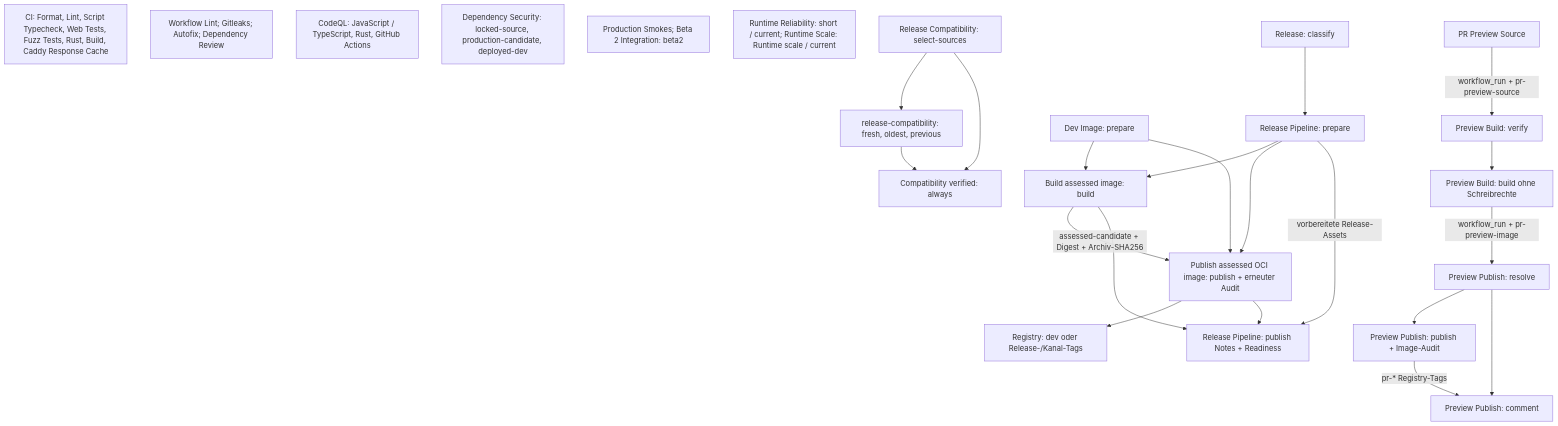
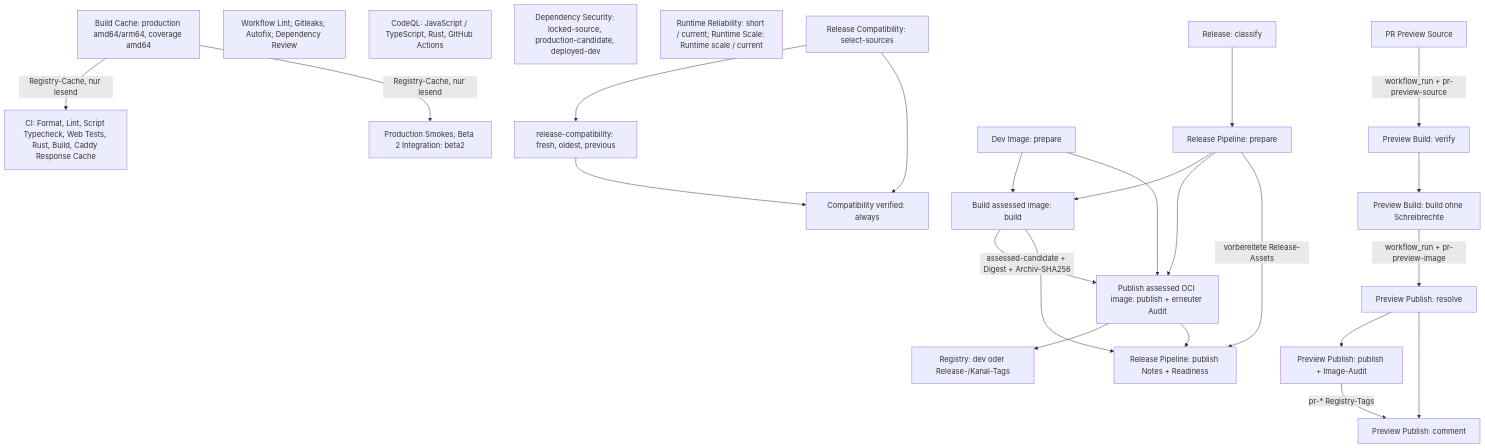
One commit to RentnerProxy/platform changed the diagram in .github/WORKFLOWS.md. Above: the diagram before and after it, drawn with Mermaid. The commit also changed other lines of this file and 32 other files, not shown here.

````diff
--- a/.github/WORKFLOWS.md
+++ b/.github/WORKFLOWS.md
@@ -50,28 +49,30 @@
 ```mermaid
 flowchart TD
-    CI[CI: Format, Lint, Script Typecheck, Web Tests, Fuzz Tests, Rust, Build, Caddy Response Cache]
+    CI[CI: Format, Lint, Script Typecheck, Web Tests, Rust, Build, Caddy Response Cache]
+    CACHE[Build Cache: production amd64/arm64, coverage amd64] -->|Registry-Cache, nur lesend| CI
+    CACHE -->|Registry-Cache, nur lesend| SMOKE
     OTHER[Workflow Lint; Gitleaks; Autofix; Dependency Review]
     CODE[CodeQL: JavaScript / TypeScript, Rust, GitHub Actions]
     DEP[Dependency Security: locked-source, production-candidate, deployed-dev]
     SMOKE[Production Smokes; Beta 2 Integration: beta2]
     RUNTIME[Runtime Reliability: short / current; Runtime Scale: Runtime scale / current]
     SELECT[Release Compatibility: select-sources] --> MATRIX[release-compatibility: fresh, oldest, previous]
     SELECT --> COMPAT[Compatibility verified: always]
     MATRIX --> COMPAT
     SOURCE[PR Preview Source] -->|workflow_run + pr-preview-source| VERIFY[Preview Build: verify]
     VERIFY --> PREVIEWBUILD[Preview Build: build ohne Schreibrechte]
     PREVIEWBUILD -->|workflow_run + pr-preview-image| RESOLVE[Preview Publish: resolve]
     RESOLVE --> PREVIEWPUB[Preview Publish: publish + Image-Audit]
     PREVIEWPUB -->|pr-* Registry-Tags| COMMENT[Preview Publish: comment]
     RESOLVE --> COMMENT
     DEV[Dev Image: prepare] --> BUILDER[Build assessed image: build]
     CLASSIFY[Release: classify] --> PREPARE[Release Pipeline: prepare]
     PREPARE --> BUILDER
     BUILDER -->|assessed-candidate + Digest + Archiv-SHA256| PUBLISHER[Publish assessed OCI image: publish + erneuter Audit]
     DEV --> PUBLISHER
     PREPARE --> PUBLISHER
     PUBLISHER --> CHANNEL[Registry: dev oder Release-/Kanal-Tags]
     PUBLISHER --> NOTES[Release Pipeline: publish Notes + Readiness]
     PREPARE -->|vorbereitete Release-Assets| NOTES
     BUILDER --> NOTES
 ```
````
